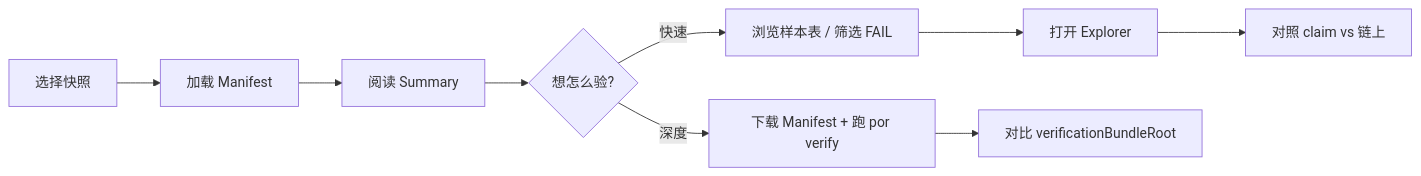
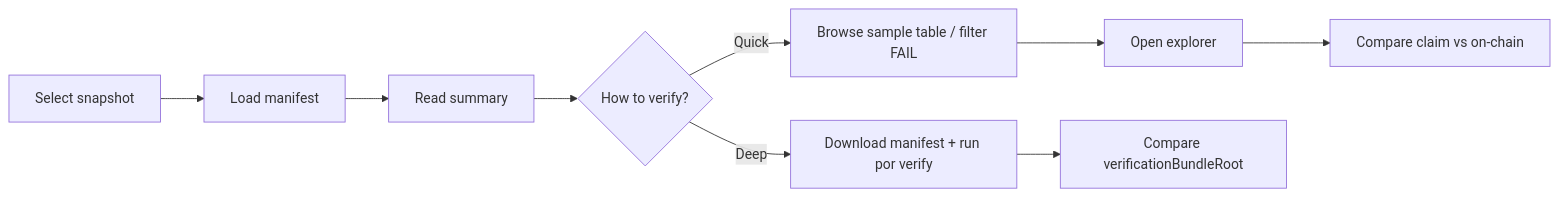
One commit to ardmere/ardmere.github.io changed the first of 2 diagrams in docs/deposit-spot-check.md. Above: the diagram before and after it, drawn with Mermaid. The commit also changed other lines of this file and 8 other files, not shown here.

````diff
--- a/docs/deposit-spot-check.md
+++ b/docs/deposit-spot-check.md
@@ -208,11 +208,11 @@
 ```mermaid
 flowchart LR
-  A[选择快照] --> B[加载 Manifest]
-  B --> C[阅读 Summary]
-  C --> D{想怎么验?}
-  D -->|快速| E[浏览样本表 / 筛选 FAIL]
-  D -->|深度| F[下载 Manifest + 跑 por verify]
-  E --> G[打开 Explorer]
-  G --> H[对照 claim vs 链上]
-  F --> I[对比 verificationBundleRoot]
+  A[Select snapshot] --> B[Load manifest]
+  B --> C[Read summary]
+  C --> D{How to verify?}
+  D -->|Quick| E[Browse sample table / filter FAIL]
+  D -->|Deep| F[Download manifest + run por verify]
+  E --> G[Open explorer]
+  G --> H[Compare claim vs on-chain]
+  F --> I[Compare verificationBundleRoot]
 ```
````
